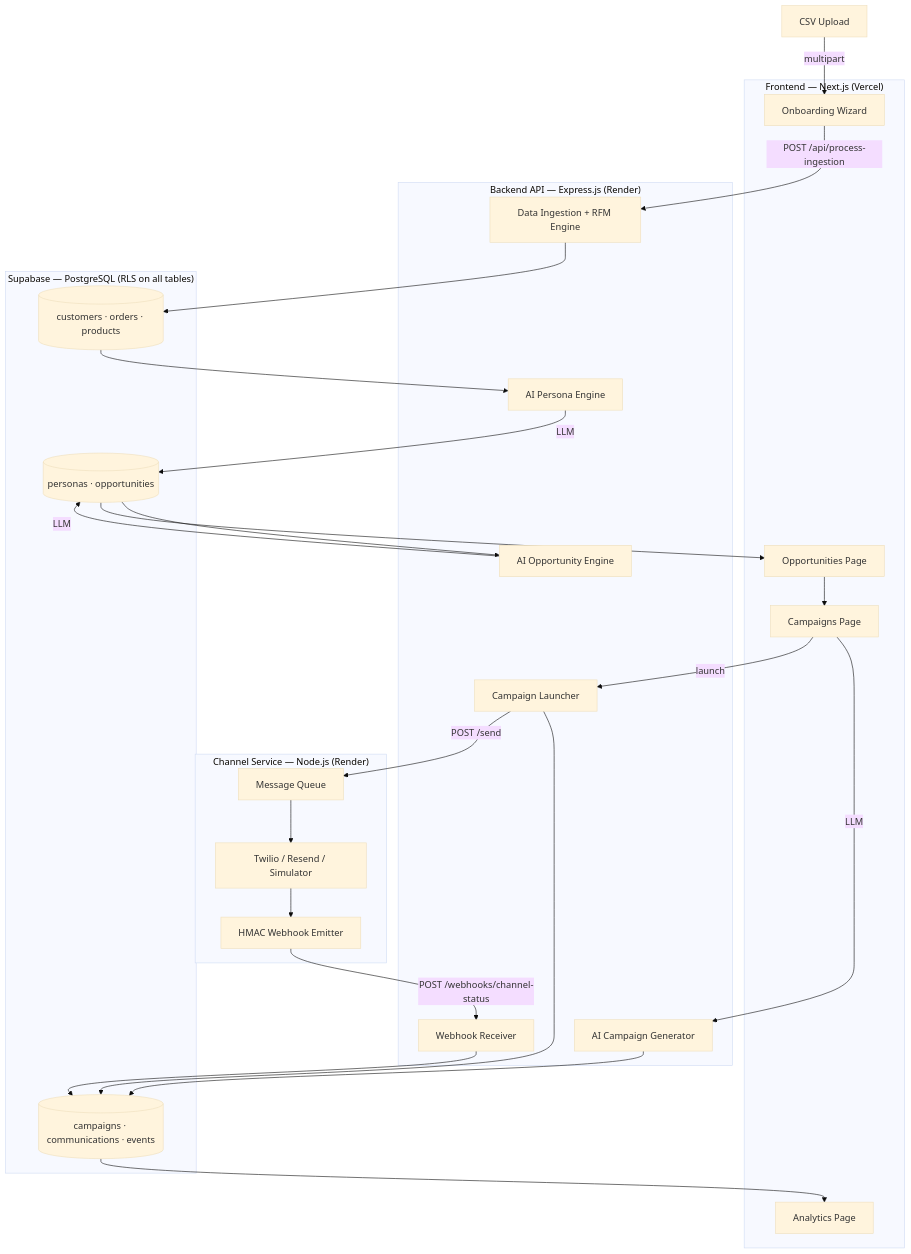
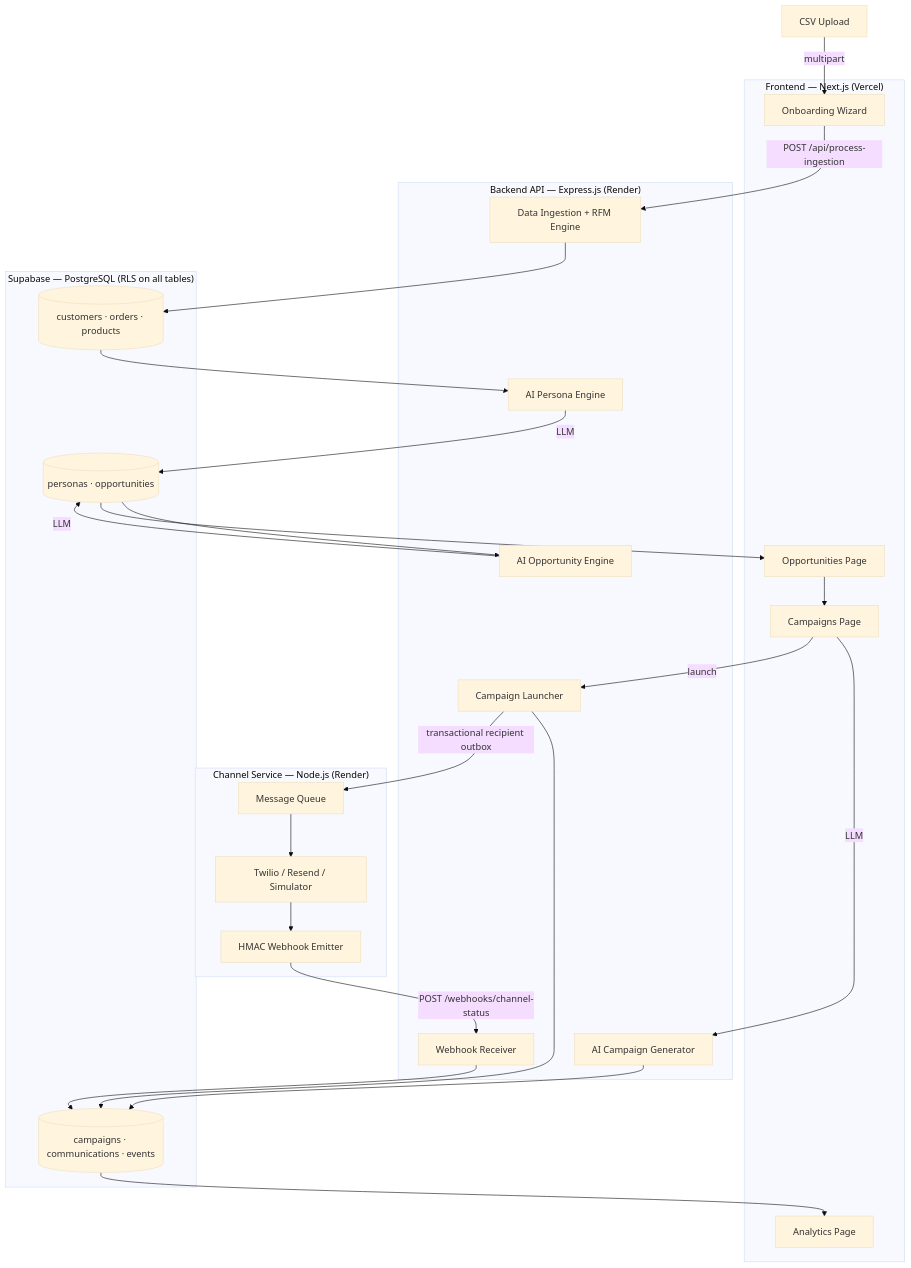
Before and after one commit to Mithurn/GROWTH-OS: the diagram in README.md, drawn with Mermaid (base theme). The commit also changed other lines of this file and 12 other files, not shown here.

````diff
--- a/README.md
+++ b/README.md
@@ -75,50 +73,50 @@
 ```mermaid
 graph TD
     subgraph CLIENT["Frontend — Next.js (Vercel)"]
         ONB[Onboarding Wizard]
         OPP[Opportunities Page]
         CAM[Campaigns Page]
         ANA[Analytics Page]
     end
 
     subgraph BACKEND["Backend API — Express.js (Render)"]
         ING[Data Ingestion + RFM Engine]
         PER[AI Persona Engine]
         OPP_SVC[AI Opportunity Engine]
         CAM_SVC[AI Campaign Generator]
         LAUNCH[Campaign Launcher]
         WH[Webhook Receiver]
     end
 
     subgraph CHANNEL["Channel Service — Node.js (Render)"]
         QUEUE[Message Queue]
         PROV[Twilio / Resend / Simulator]
         CB[HMAC Webhook Emitter]
     end
 
     subgraph DB["Supabase — PostgreSQL (RLS on all tables)"]
         T1[(customers · orders · products)]
         T2[(personas · opportunities)]
         T3[(campaigns · communications · events)]
     end
 
     CSV[CSV Upload] -->|multipart| ONB
     ONB -->|POST /api/process-ingestion| ING
     ING --> T1
     T1 --> PER
     PER -->|LLM| T2
     T2 --> OPP_SVC
     OPP_SVC -->|LLM| T2
     T2 --> OPP
     OPP --> CAM
     CAM -->|LLM| CAM_SVC
     CAM_SVC --> T3
     CAM -->|launch| LAUNCH
     LAUNCH --> T3
-    LAUNCH -->|POST /send| QUEUE
+    LAUNCH -->|transactional recipient outbox| QUEUE
     QUEUE --> PROV
     PROV --> CB
     CB -->|POST /webhooks/channel-status| WH
     WH --> T3
     T3 --> ANA
 ```
````
